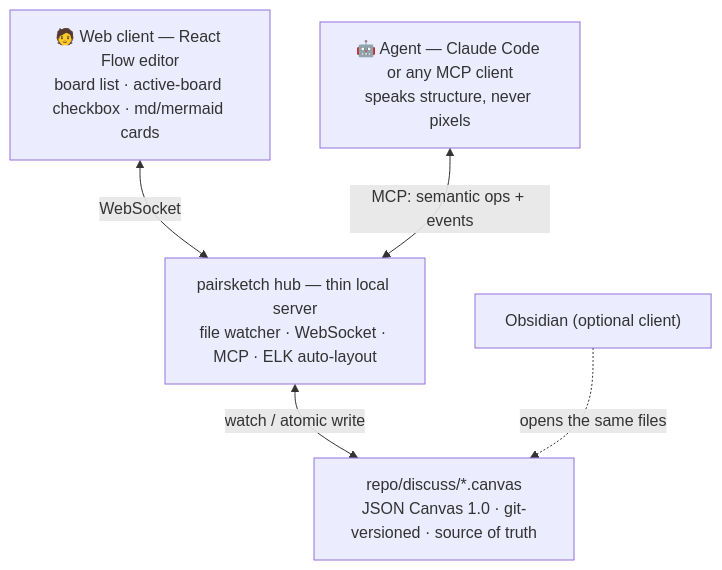
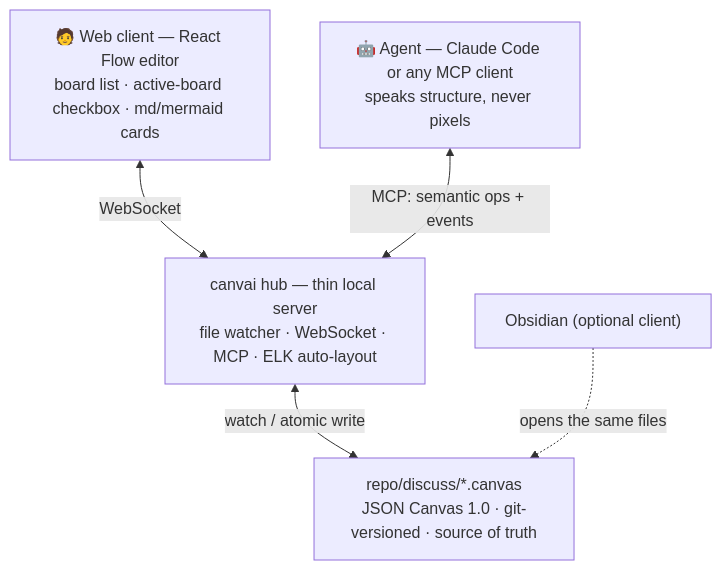
The diagram in README.md (chuck00lin/canvai), drawn with Mermaid before and after one commit. The commit also changed other lines of this file and 37 other files, not shown here.

First line of the commit message:
rename: pairsketch -> canvai (canvas + AI)

````diff
--- a/README.md
+++ b/README.md
@@ -75,13 +77,13 @@
 ```mermaid
 flowchart TB
   W["🧑 Web client — React Flow editor<br/>board list · active-board checkbox · md/mermaid cards"]
   A["🤖 Agent — Claude Code or any MCP client<br/>speaks structure, never pixels"]
-  H["pairsketch hub — thin local server<br/>file watcher · WebSocket · MCP · ELK auto-layout"]
+  H["canvai hub — thin local server<br/>file watcher · WebSocket · MCP · ELK auto-layout"]
   F["repo/discuss/*.canvas<br/>JSON Canvas 1.0 · git-versioned · source of truth"]
   O["Obsidian (optional client)"]
 
   W <-->|WebSocket| H
   A <-->|"MCP: semantic ops + events"| H
   H <-->|"watch / atomic write"| F
   O -.->|"opens the same files"| F
 ```
````
